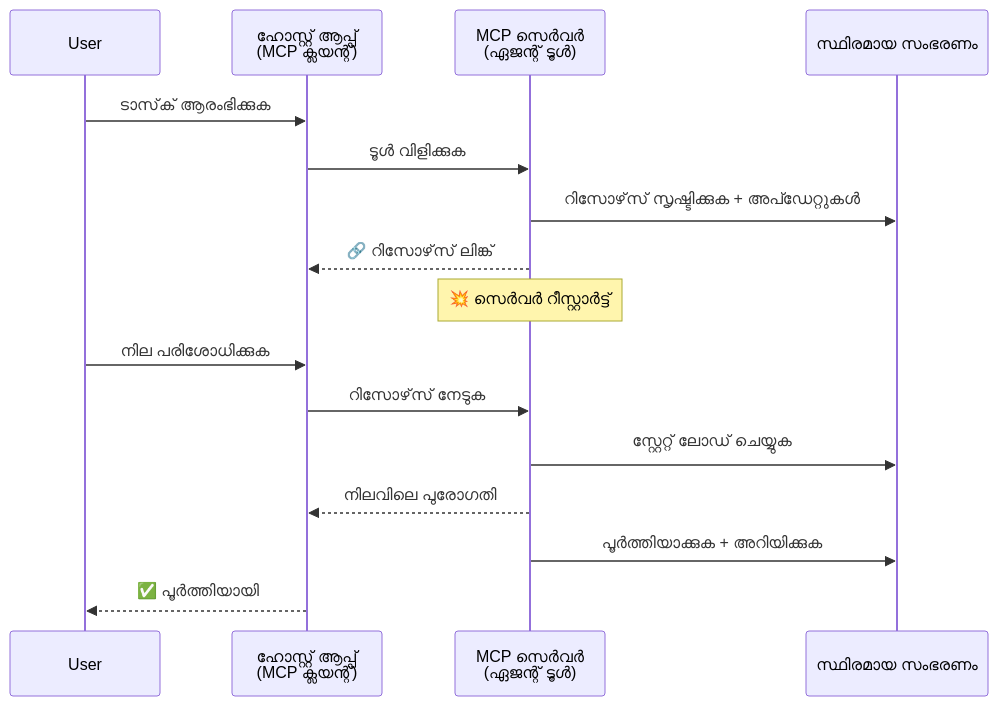
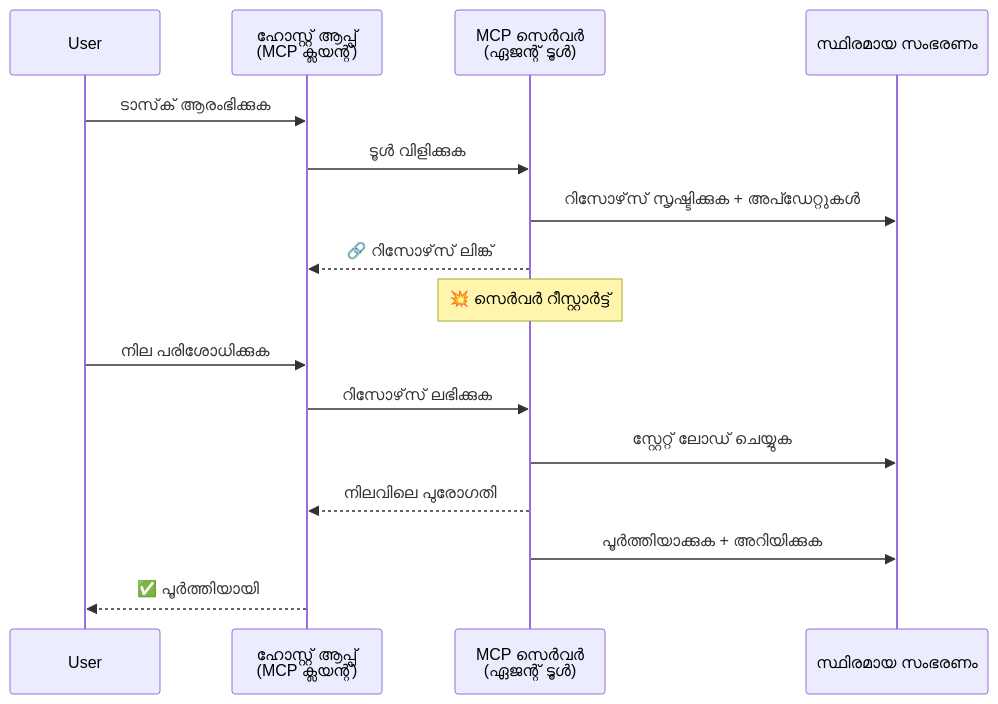
The third of 5 diagrams in mirrors/repos/microsoft@ai-agents-for-beginners/translations/ml/11-agentic-protocols/code_samples/mcp-agents/README.md (gabrielmoreira/agent-skills-mirror), drawn with Mermaid before and after one commit. The commit also changed other lines of this file and 4482 other files, not shown here.

````diff
--- a/mirrors/repos/microsoft@ai-agents-for-beginners/translations/ml/11-agentic-protocols/code_samples/mcp-agents/README.md
+++ b/mirrors/repos/microsoft@ai-agents-for-beginners/translations/ml/11-agentic-protocols/code_samples/mcp-agents/README.md
@@ -121,21 +123,21 @@
 ```mermaid
 sequenceDiagram
     participant User
     participant Host as ഹോസ്റ്റ് ആപ്പ്<br/>(MCP ക്ലയന്റ്)
     participant Server as MCP സെർവർ<br/>(ഏജന്റ് ടൂൾ)
     participant DB as സ്ഥിരമായ സംഭരണം
 
     User->>Host: ടാസ്‌ക് ആരംഭിക്കുക
     Host->>Server: ടൂൾ വിളിക്കുക
     Server->>DB: റിസോഴ്‌സ് സൃഷ്ടിക്കുക + അപ്ഡേറ്റുകൾ
     Server-->>Host: 🔗 റിസോഴ്‌സ് ലിങ്ക്
 
     Note over Server: 💥 സെർവർ റീസ്റ്റാർട്ട്
 
     User->>Host: നില പരിശോധിക്കുക
-    Host->>Server: റിസോഴ്‌സ് നേടുക
+    Host->>Server: റിസോഴ്‌സ് ലഭിക്കുക
     Server->>DB: സ്റ്റേറ്റ് ലോഡ് ചെയ്യുക
     Server-->>Host: നിലവിലെ പുരോഗതി
     Server->>DB: പൂർത്തിയാക്കുക + അറിയിക്കുക
     Host-->>User: ✅ പൂർത്തിയായി
 ```
````
